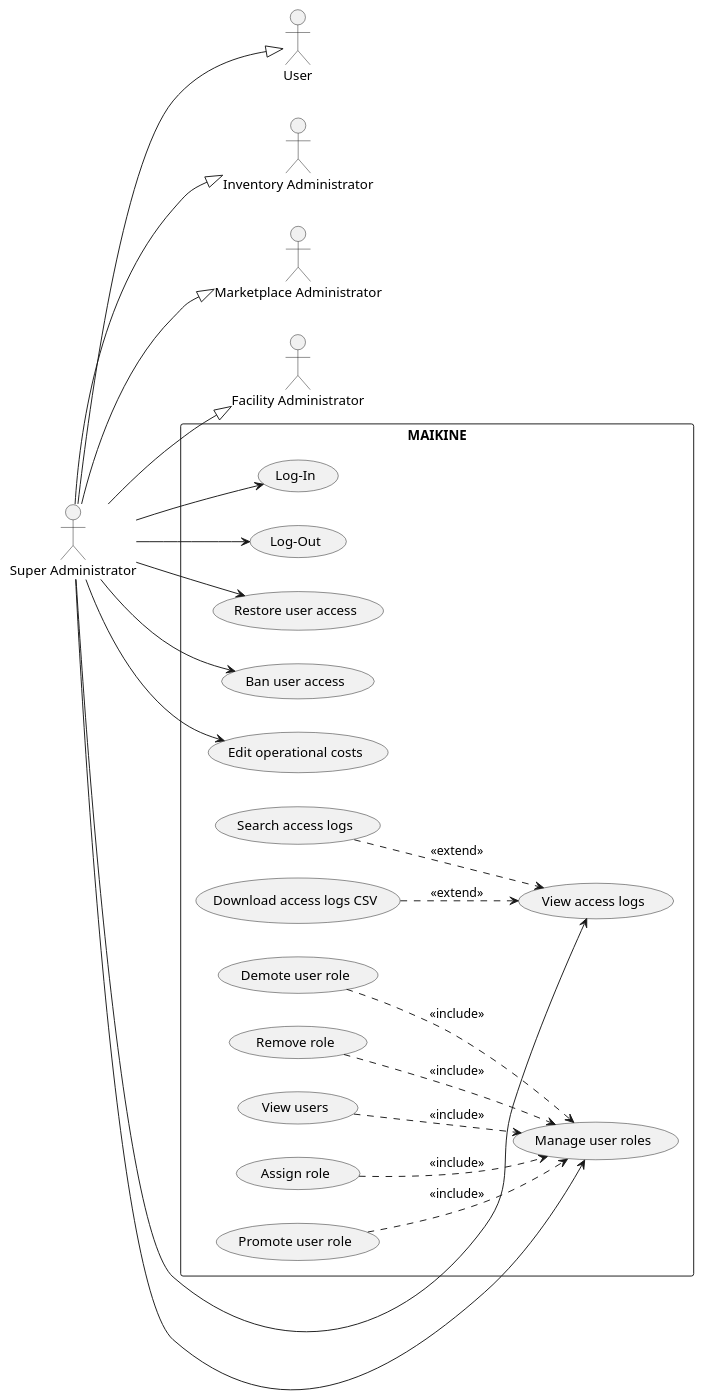
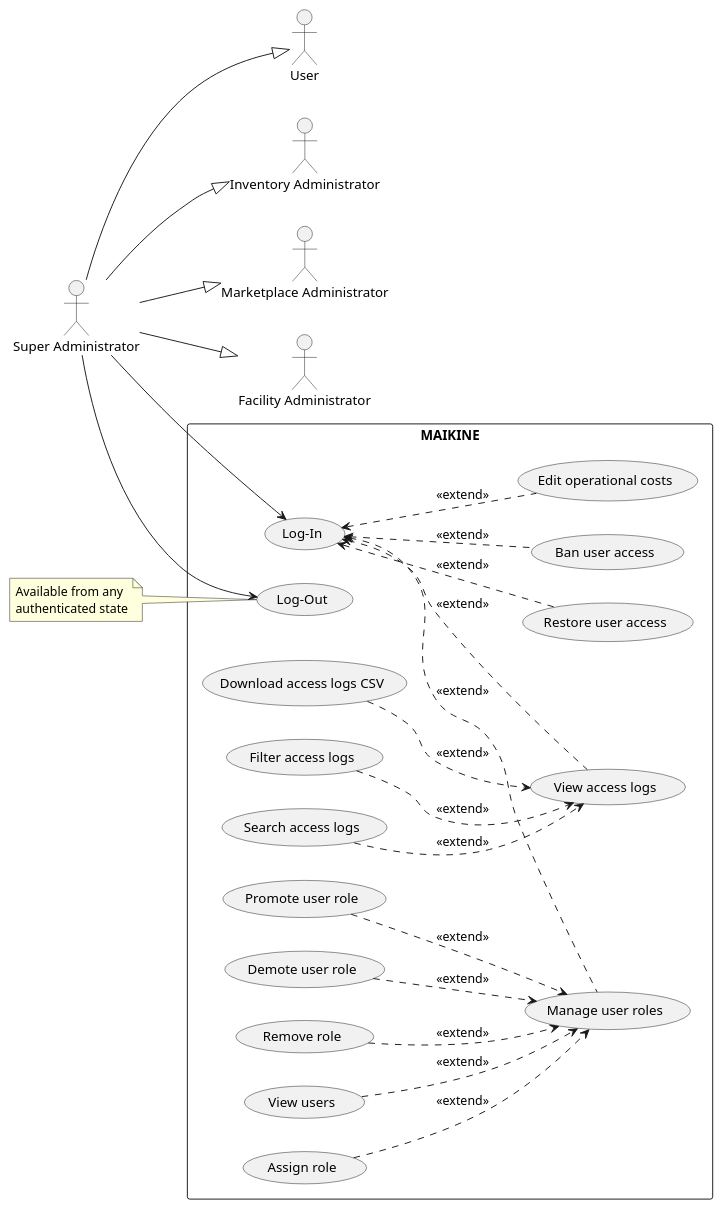
One commit to JanPerez35/PlantUML changed the diagram in usecaseDiagrams/Super_Administrator_Diagram.puml. Above: the diagram before and after it, drawn with PlantUML. The commit also changed 10 other files, not shown here.

Commit message:
Updated use case and activity diagrams.

```diff
--- a/usecaseDiagrams/Super_Administrator_Diagram.puml
+++ b/usecaseDiagrams/Super_Administrator_Diagram.puml
@@ -1,61 +1,66 @@
 @startuml
 left to right direction
 skinparam packageStyle rectangle
 
 actor User
 actor "Inventory Administrator" as InventoryAdmin
 actor "Marketplace Administrator" as MarketplaceAdmin
 actor "Facility Administrator" as FacilityAdmin
 actor "Super Administrator" as SiteAdmin
 
 SiteAdmin --|> User
 SiteAdmin --|> InventoryAdmin
 SiteAdmin --|> MarketplaceAdmin
 SiteAdmin --|> FacilityAdmin
 
 rectangle MAIKINE {
 
   
     usecase "Log-In" as UC_Login
     usecase "Log-Out" as UC_Logout
-     usecase "Restore user access" as UC_RestoreUser
+    usecase "Restore user access" as UC_RestoreUser
     usecase "Ban user access" as UC_BanUser
     usecase "View access logs" as UC_ViewLogs
     usecase "Manage user roles" as UC_ManageRoles
     usecase "Edit operational costs" as UC_EditCost
   
   
+    usecase "Filter access logs" as UC_FilterLogs
     usecase "Search access logs" as UC_SearchLogs
     usecase "Download access logs CSV" as UC_DownloadLogs
 
   
     usecase "View users" as UC_ViewUsers
     usecase "Assign role" as UC_AssignRole
     usecase "Promote user role" as UC_PromoteRole
     usecase "Demote user role" as UC_DemoteRole
     usecase "Remove role" as UC_RemoveRole
   
 }
 
 SiteAdmin --> UC_Login
 SiteAdmin --> UC_Logout
-SiteAdmin --> UC_ViewLogs
-SiteAdmin --> UC_ManageRoles
-SiteAdmin --> UC_EditCost
-SiteAdmin --> UC_RestoreUser
-SiteAdmin --> UC_BanUser
+UC_Login <.. UC_ViewLogs : <<extend>>
+UC_Login <.. UC_ManageRoles : <<extend>>
+UC_Login <.. UC_EditCost : <<extend>>
+UC_Login <.. UC_RestoreUser : <<extend>>
+UC_Login <.. UC_BanUser : <<extend>>
 
 UC_SearchLogs ..> UC_ViewLogs : <<extend>>
 UC_DownloadLogs ..> UC_ViewLogs : <<extend>>
+UC_FilterLogs ..> UC_ViewLogs : <<extend>>
 
-UC_ViewUsers ..> UC_ManageRoles : <<include>>
-UC_AssignRole ..> UC_ManageRoles : <<include>>
-UC_PromoteRole ..> UC_ManageRoles : <<include>>
-UC_DemoteRole ..> UC_ManageRoles : <<include>>
-UC_RemoveRole ..> UC_ManageRoles : <<include>>
+UC_ViewUsers ..> UC_ManageRoles : <<extend>>
+UC_AssignRole ..> UC_ManageRoles : <<extend>>
+UC_PromoteRole ..> UC_ManageRoles : <<extend>>
+UC_DemoteRole ..> UC_ManageRoles : <<extend>>
+UC_RemoveRole ..> UC_ManageRoles : <<extend>>
 
 
-
+note left of UC_Logout
+Available from any
+authenticated state
+end note
 
 
 @enduml
```
